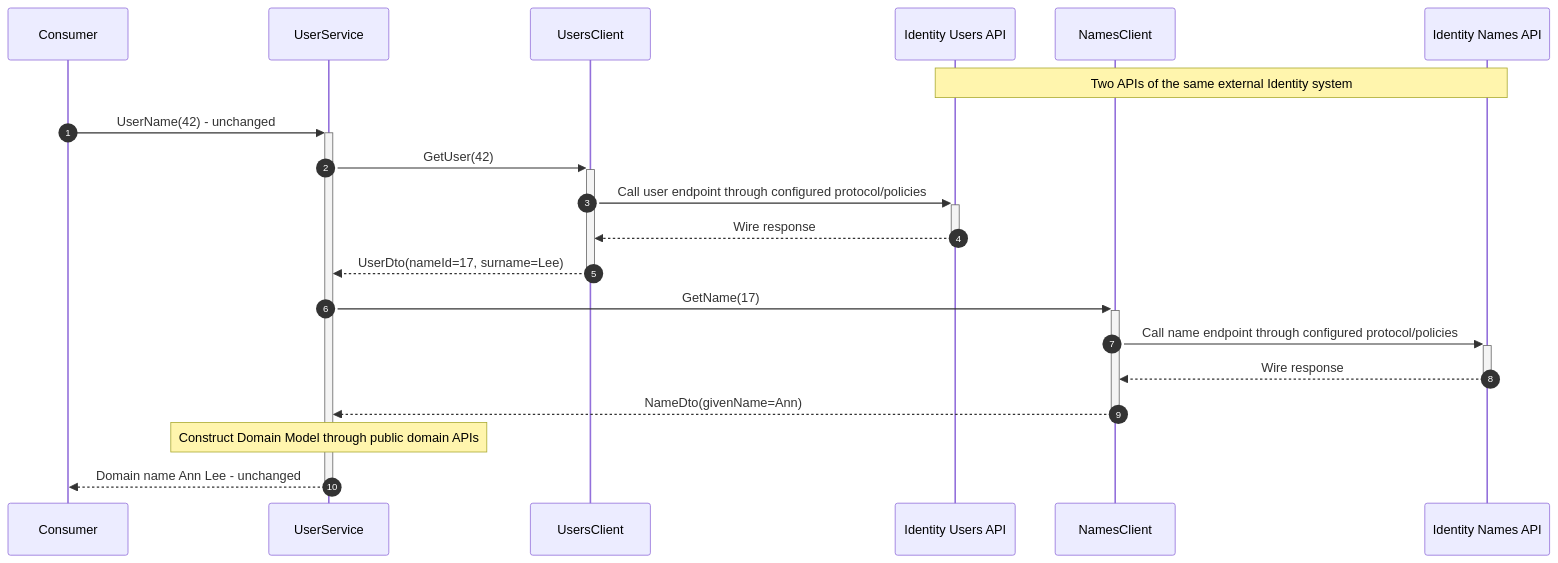
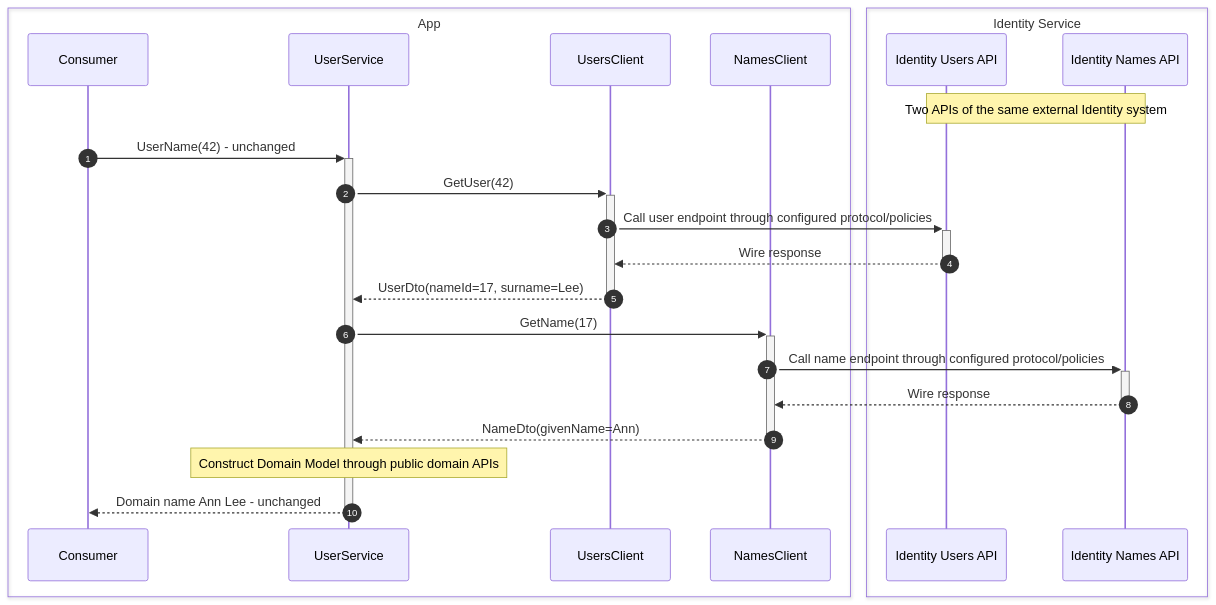
Before and after one commit to InsonusK/ai-skills: the diagram in library/develop/core/api-client.skill/examples/diagrams/several-clients-one-system.mmd, drawn with Mermaid.

Commit message:
fix mermaid diagram

```diff
--- a/library/develop/core/api-client.skill/examples/diagrams/several-clients-one-system.mmd
+++ b/library/develop/core/api-client.skill/examples/diagrams/several-clients-one-system.mmd
@@ -1,20 +1,24 @@
 sequenceDiagram
     autonumber
+    box App
     participant Consumer as Consumer
     participant Service as UserService
     participant Users as UsersClient
+    participant Names as NamesClient
+    end
+    box Identity Service
     participant UsersAPI as Identity Users API
-    participant Names as NamesClient
     participant NamesAPI as Identity Names API
+    end
     Note over UsersAPI,NamesAPI: Two APIs of the same external Identity system
     Consumer->>+Service: UserName(42) - unchanged
     Service->>+Users: GetUser(42)
     Users->>+UsersAPI: Call user endpoint through configured protocol/policies
     UsersAPI-->>-Users: Wire response
     Users-->>-Service: UserDto(nameId=17, surname=Lee)
     Service->>+Names: GetName(17)
     Names->>+NamesAPI: Call name endpoint through configured protocol/policies
     NamesAPI-->>-Names: Wire response
     Names-->>-Service: NameDto(givenName=Ann)
     Note over Service: Construct Domain Model through public domain APIs
     Service-->>-Consumer: Domain name Ann Lee - unchanged
```
